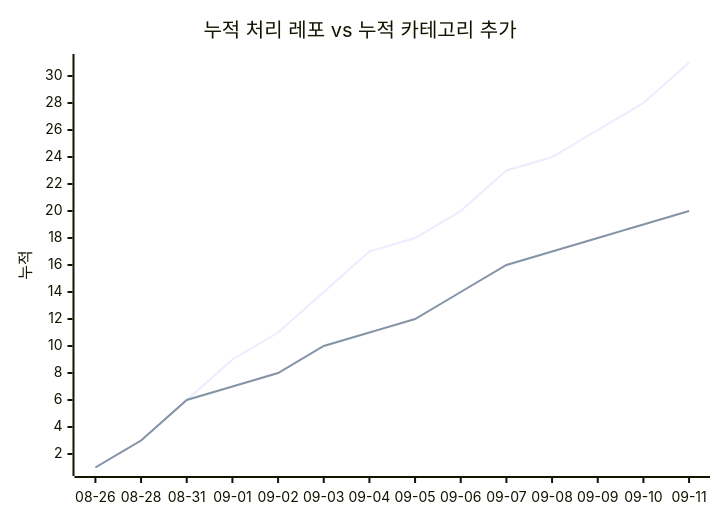
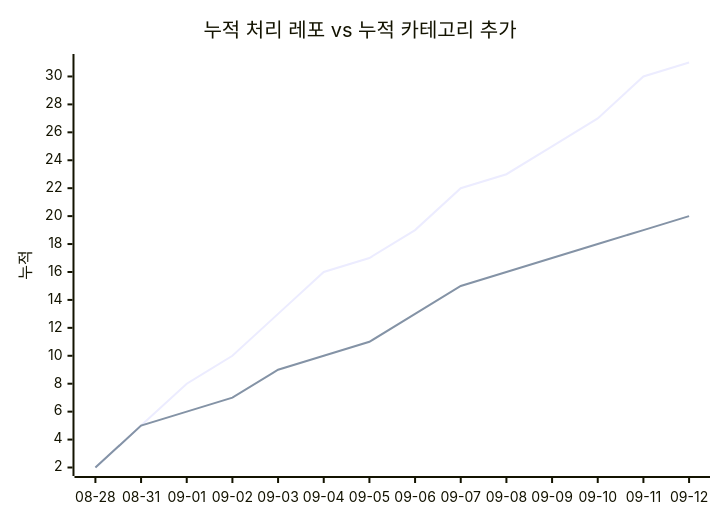
Before and after one commit to J-nowcow/awesome-korean-agent-skills: the second of 2 diagrams in docs/trends.md, drawn with Mermaid. The commit also changed other lines of this file and 4 other files, not shown here.

````diff
--- a/docs/trends.md
+++ b/docs/trends.md
@@ -68,8 +68,8 @@
 ```mermaid
 xychart-beta
     title "누적 처리 레포 vs 누적 카테고리 추가"
-    x-axis ["08-26","08-28","08-31","09-01","09-02","09-03","09-04","09-05","09-06","09-07","09-08","09-09","09-10","09-11"]
+    x-axis ["08-28","08-31","09-01","09-02","09-03","09-04","09-05","09-06","09-07","09-08","09-09","09-10","09-11","09-12"]
     y-axis "누적"
-    line [1,3,6,9,11,14,17,18,20,23,24,26,28,31]
-    line [1,3,6,7,8,10,11,12,14,16,17,18,19,20]
+    line [2,5,8,10,13,16,17,19,22,23,25,27,30,31]
+    line [2,5,6,7,9,10,11,13,15,16,17,18,19,20]
 ```
````
